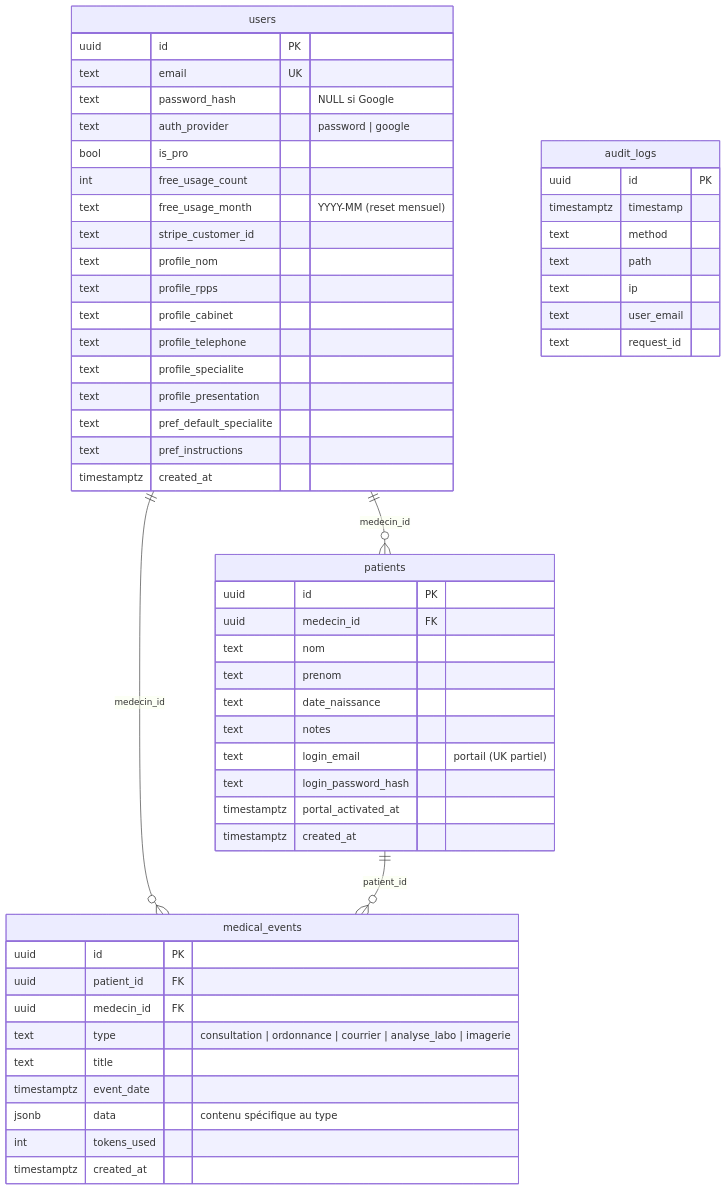
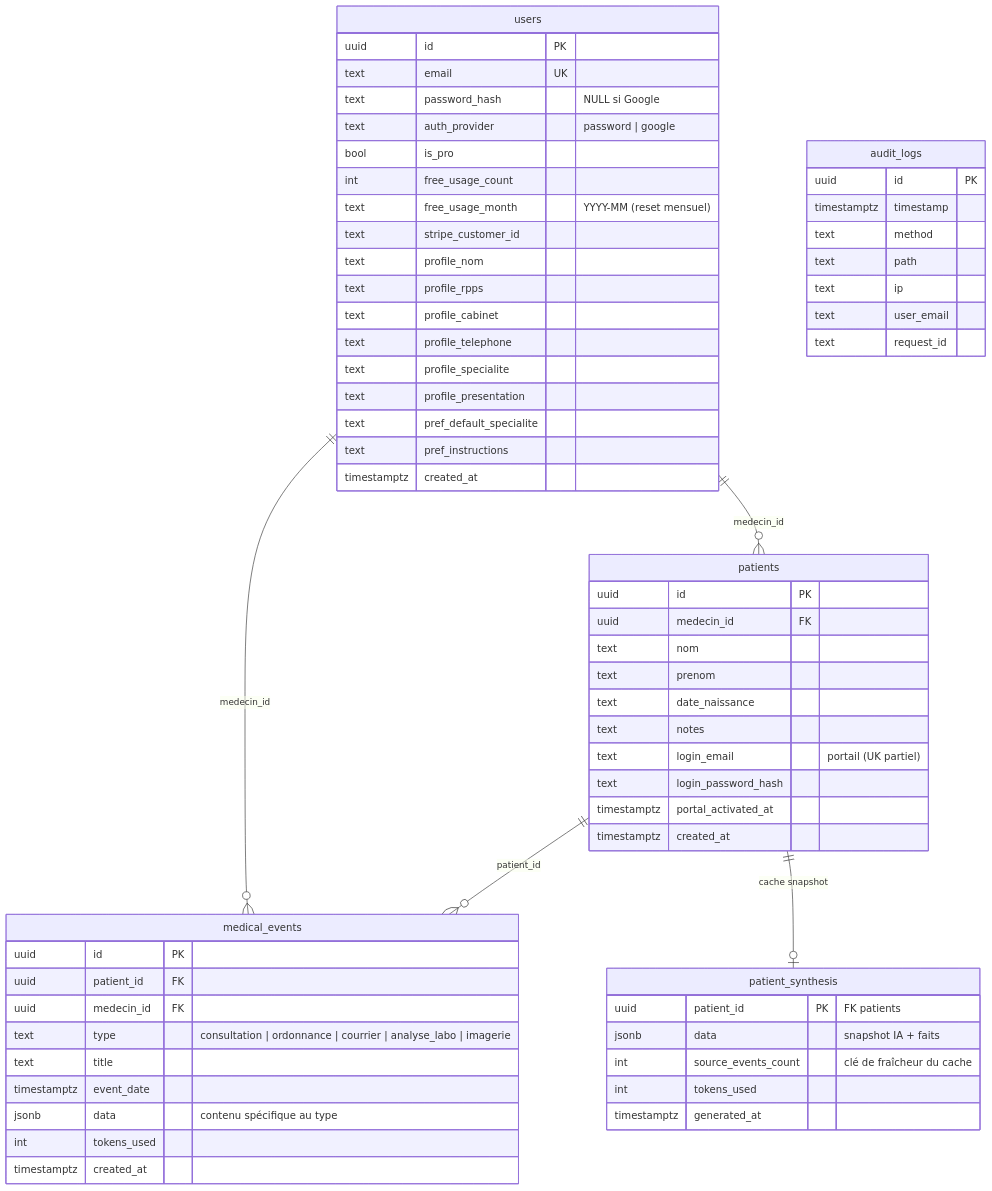
The diagram in docs/07_DATABASE.md (llupin105-sudo/mediai), drawn with Mermaid before and after one commit. The commit also changed other lines of this file and 11 other files, not shown here.

First line of the commit message:
feat(snapshot): introduce AI-powered patient snapshot

````diff
--- a/docs/07_DATABASE.md
+++ b/docs/07_DATABASE.md
@@ -9,58 +9,66 @@
 ```mermaid
 erDiagram
     users ||--o{ patients : "medecin_id"
     users ||--o{ medical_events : "medecin_id"
     patients ||--o{ medical_events : "patient_id"
+    patients ||--o| patient_synthesis : "cache snapshot"
 
     users {
         uuid id PK
         text email UK
         text password_hash "NULL si Google"
         text auth_provider "password | google"
         bool is_pro
         int free_usage_count
         text free_usage_month "YYYY-MM (reset mensuel)"
         text stripe_customer_id
         text profile_nom
         text profile_rpps
         text profile_cabinet
         text profile_telephone
         text profile_specialite
         text profile_presentation
         text pref_default_specialite
         text pref_instructions
         timestamptz created_at
     }
     patients {
         uuid id PK
         uuid medecin_id FK
         text nom
         text prenom
         text date_naissance
         text notes
         text login_email "portail (UK partiel)"
         text login_password_hash
         timestamptz portal_activated_at
         timestamptz created_at
     }
     medical_events {
         uuid id PK
         uuid patient_id FK
         uuid medecin_id FK
         text type "consultation | ordonnance | courrier | analyse_labo | imagerie"
         text title
         timestamptz event_date
         jsonb data "contenu spécifique au type"
         int tokens_used
         timestamptz created_at
     }
     audit_logs {
         uuid id PK
         timestamptz timestamp
         text method
         text path
         text ip
         text user_email
         text request_id
     }
+    patient_synthesis {
+        uuid patient_id PK "FK patients"
+        jsonb data "snapshot IA + faits"
+        int source_events_count "clé de fraîcheur du cache"
+        int tokens_used
+        timestamptz generated_at
+    }
 ```
````
